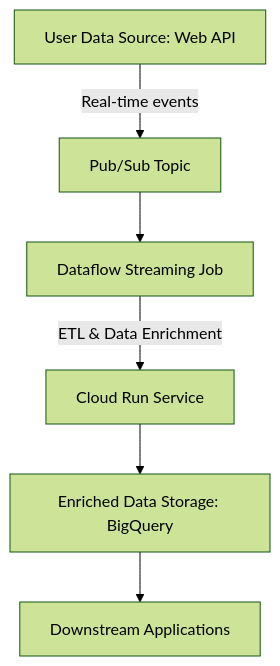
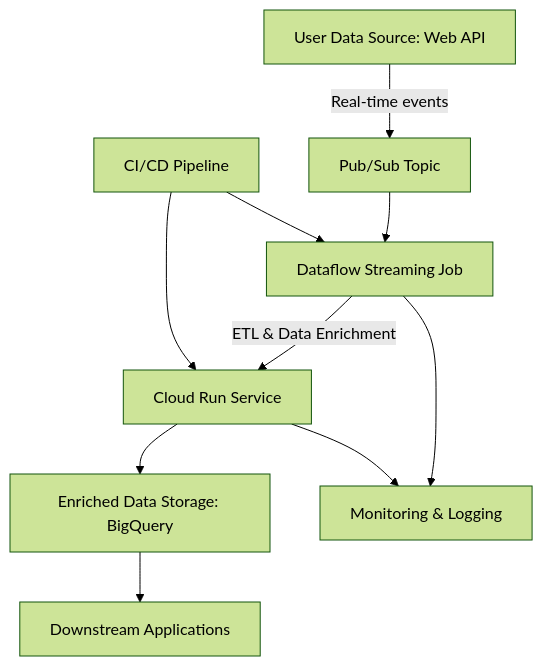
The first of 2 diagrams in design/realtime_architecture.md (TMallinson/example-etl-project), drawn with Mermaid (forest theme) before and after one commit. The commit also changed other lines of this file and 4 other files, not shown here.

````diff
--- a/design/realtime_architecture.md
+++ b/design/realtime_architecture.md
@@ -9,15 +9,21 @@
 ```mermaid
 flowchart TD
     A["User Data Source: Web API"]
     B["Pub/Sub Topic"]
     C["Dataflow Streaming Job"]
     D["Cloud Run Service"]
     E["Enriched Data Storage: BigQuery"]
     F["Downstream Applications"]
+    G["Monitoring & Logging"]
+    H["CI/CD Pipeline"]
 
-    A -->|Real-time events| B
+    A -->|"Real-time events"| B
     B --> C
-    C -->|ETL & Data Enrichment| D
+    C -->|"ETL & Data Enrichment"| D
     D --> E
     E --> F
+    C --> G
+    D --> G
+    H --> D
+    H --> C
 ```
````
